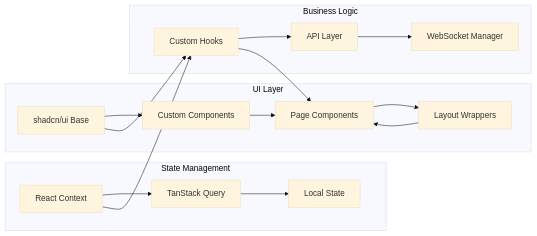
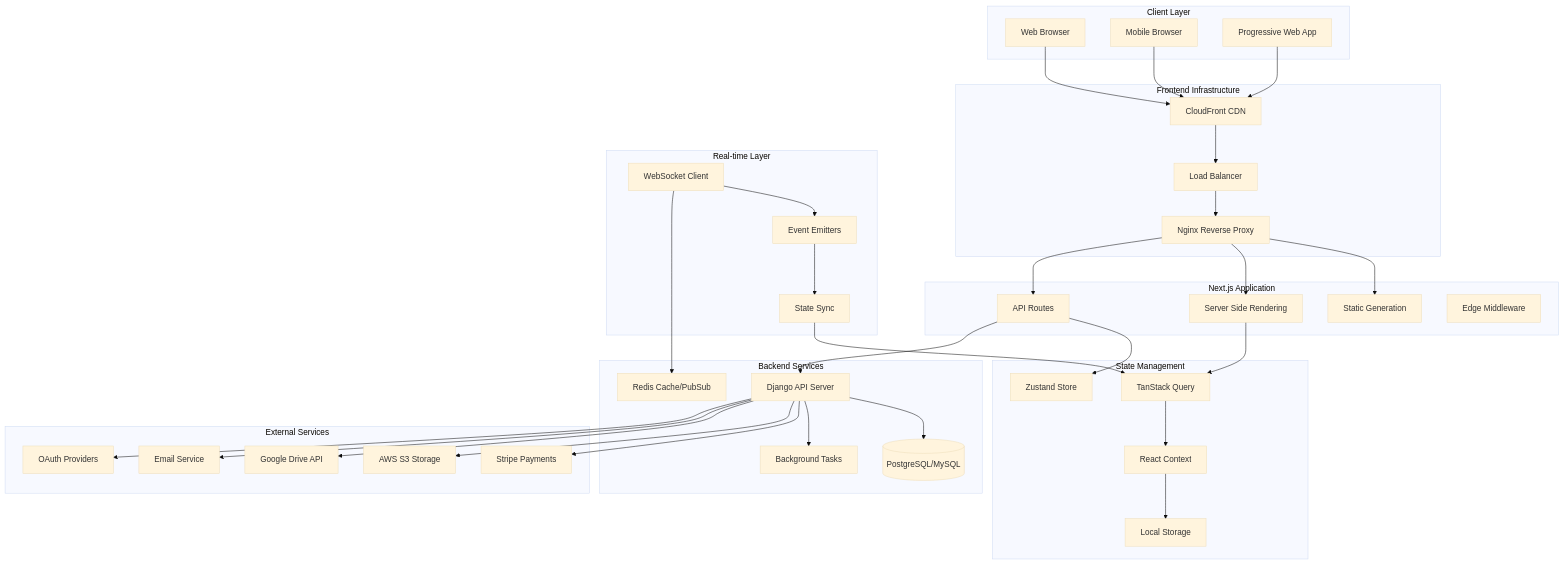
One commit to EL-HOUSS-BRAHIM/watch-party changed the second of 6 diagrams in README.md. Above: the diagram before and after it, drawn with Mermaid (base theme). The commit also changed other lines of this file, not shown here.

````diff
--- a/README.md
+++ b/README.md
@@ -120,23 +343,79 @@
 ```mermaid
-graph LR
-    subgraph "UI Layer"
-        A[shadcn/ui Base] --> B[Custom Components]
-        B --> C[Page Components]
-        C --> D[Layout Wrappers]
+graph TB
+    subgraph "Client Layer"
+        BROWSER[Web Browser]
+        MOBILE[Mobile Browser]
+        PWA[Progressive Web App]
+    end
+    
+    subgraph "Frontend Infrastructure"
+        CDN[CloudFront CDN]
+        LB[Load Balancer]
+        NGINX[Nginx Reverse Proxy]
+    end
+    
+    subgraph "Next.js Application"
+        SSG[Static Generation]
+        SSR[Server Side Rendering]
+        API_ROUTES[API Routes]
+        MIDDLEWARE[Edge Middleware]
     end
     
     subgraph "State Management"
-        E[React Context] --> F[TanStack Query]
-        F --> G[Local State]
+        TANSTACK[TanStack Query]
+        ZUSTAND[Zustand Store]
+        CONTEXT[React Context]
+        LOCAL[Local Storage]
     end
     
-    subgraph "Business Logic"
-        H[Custom Hooks] --> I[API Layer]
-        I --> J[WebSocket Manager]
+    subgraph "Real-time Layer"
+        WEBSOCKET[WebSocket Client]
+        EVENTS[Event Emitters]
+        SYNC[State Sync]
     end
     
-    A --> H
-    E --> H
-    H --> C
-    D --> C
+    subgraph "Backend Services"
+        DJANGO[Django API Server]
+        REDIS[Redis Cache/PubSub]
+        CELERY[Background Tasks]
+        DB[(PostgreSQL/MySQL)]
+    end
+    
+    subgraph "External Services"
+        STRIPE[Stripe Payments]
+        S3[AWS S3 Storage]
+        GDRIVE[Google Drive API]
+        EMAIL[Email Service]
+        OAUTH[OAuth Providers]
+    end
+    
+    BROWSER --> CDN
+    MOBILE --> CDN
+    PWA --> CDN
+    
+    CDN --> LB
+    LB --> NGINX
+    NGINX --> SSG
+    NGINX --> SSR
+    NGINX --> API_ROUTES
+    
+    SSR --> TANSTACK
+    API_ROUTES --> ZUSTAND
+    TANSTACK --> CONTEXT
+    CONTEXT --> LOCAL
+    
+    WEBSOCKET --> EVENTS
+    EVENTS --> SYNC
+    SYNC --> TANSTACK
+    
+    API_ROUTES --> DJANGO
+    WEBSOCKET --> REDIS
+    DJANGO --> DB
+    DJANGO --> CELERY
+    
+    DJANGO --> STRIPE
+    DJANGO --> S3
+    DJANGO --> GDRIVE
+    DJANGO --> EMAIL
+    DJANGO --> OAUTH
 ```
````
